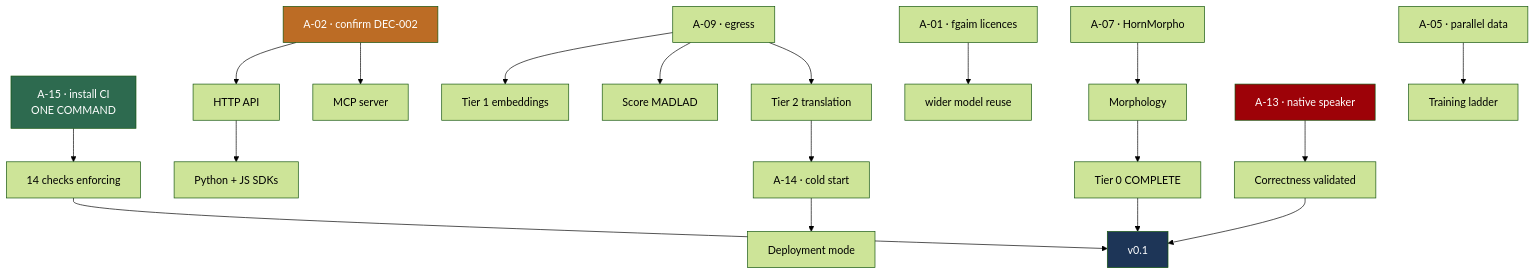
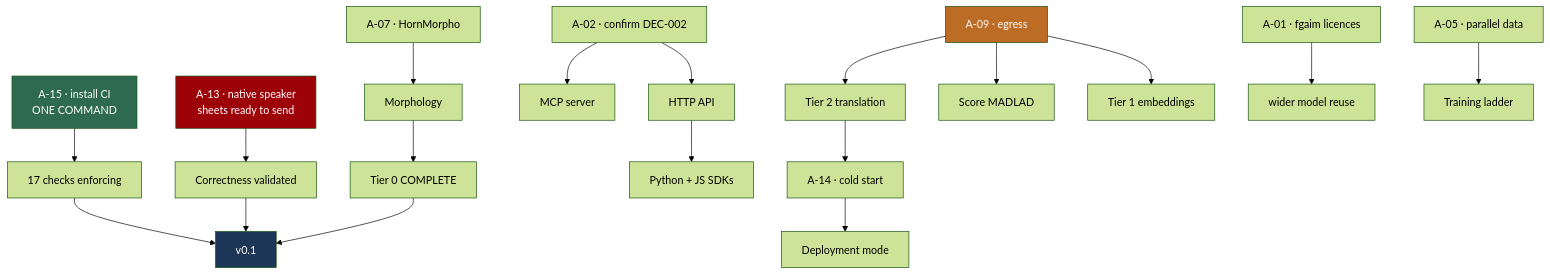
The diagram in docs/roadmap/READINESS_PLAN.md (abugassim8/Tigrigna-Intelligence), drawn with Mermaid (forest theme) before and after one commit. The commit also changed other lines of this file and 8 other files, not shown here.

````diff
--- a/docs/roadmap/READINESS_PLAN.md
+++ b/docs/roadmap/READINESS_PLAN.md
@@ -80,25 +87,25 @@
 ```mermaid
 graph TD
-    A15["A-15 · install CI<br/>ONE COMMAND"] --> ENF["14 checks enforcing"]
+    A15["A-15 · install CI<br/>ONE COMMAND"] --> ENF["17 checks enforcing"]
+    A13["A-13 · native speaker<br/>sheets ready to send"] --> CORRECT["Correctness validated"]
     A02["A-02 · confirm DEC-002"] --> API["HTTP API"]
     A02 --> MCP["MCP server"]
     API --> SDK["Python + JS SDKs"]
-    A09 --> T1["Tier 1 embeddings"]
+    A09["A-09 · egress"] --> T1["Tier 1 embeddings"]
+    A09 --> MADLAD["Score MADLAD"]
+    A09 --> T2["Tier 2 translation"]
     A01["A-01 · fgaim licences"] --> REUSE["wider model reuse"]
-    A09["A-09 · egress"] --> MADLAD["Score MADLAD"]
-    A09 --> T2["Tier 2 translation"]
+    A07["A-07 · HornMorpho"] --> MORPH["Morphology"]
+    A05["A-05 · parallel data"] --> TRAIN["Training ladder"]
     T2 --> A14["A-14 · cold start"]
     A14 --> DEPLOY["Deployment mode"]
-    A07["A-07 · HornMorpho"] --> MORPH["Morphology"]
     MORPH --> MVP["Tier 0 COMPLETE"]
-    A13["A-13 · native speaker"] --> CORRECT["Correctness validated"]
     CORRECT --> V01["v0.1"]
     MVP --> V01
     ENF --> V01
-    A05["A-05 · parallel data"] --> TRAIN["Training ladder"]
 
     style A15 fill:#2d6a4f,color:#fff
     style A13 fill:#9d0208,color:#fff
+    style A09 fill:#bc6c25,color:#fff
     style V01 fill:#1d3557,color:#fff
-    style A02 fill:#bc6c25,color:#fff
 ```
````
